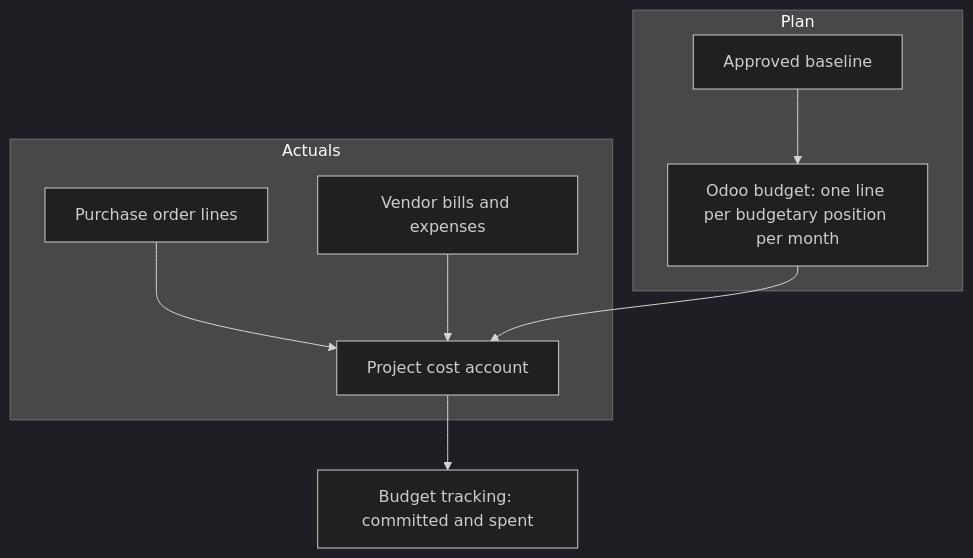
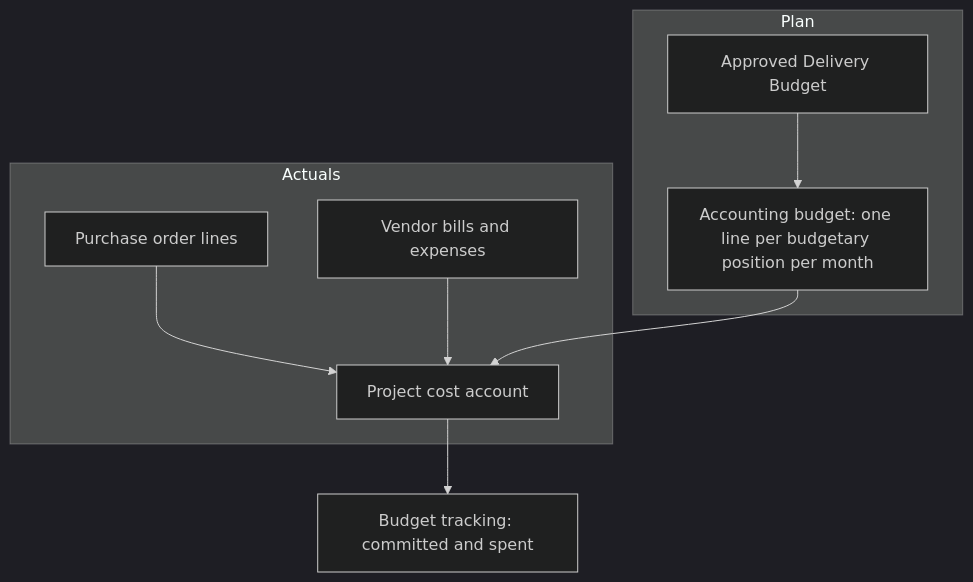
Before and after one commit to dennokorir/tritel_erp_training: the diagram in training-portal/src/content/docs/projects/concepts/odoo-budget-and-cost-account.mdx, drawn with Mermaid (dark theme). The commit also changed other lines of this file and 146 other files, not shown here.

First line of the commit message:
docs(training-portal): Project Delivery sync to tritel-addons 5d691a8 (Delivery Budgets, project codes, budget commitments)

````diff
--- a/training-portal/src/content/docs/projects/concepts/odoo-budget-and-cost-account.mdx
+++ b/training-portal/src/content/docs/projects/concepts/odoo-budget-and-cost-account.mdx
@@ -33,13 +40,13 @@
 ```mermaid
 flowchart TD
 %% docs-sync: shows tritel_project_delivery:field:project.project.track_committed, tritel_project_delivery:field:project.project.track_spent, tritel_project_delivery:field:project.project.tracking_html, tritel_project_delivery:model:project.delivery.commitment, tritel_project_delivery:selection:project.project.delivery_baseline_state, tritel_project_delivery:view_ext:project.edit_project:button:committed, tritel_project_delivery:view_ext:project.edit_project:button:cost-account, tritel_project_delivery:view_ext:project.edit_project:button:vendor-bills, tritel_project_delivery:wizard:delivery.cost.account.card
   subgraph Plan
-    B["Approved baseline"] --> OB["Odoo budget: one line per budgetary position per month"]
+    B["Approved Delivery Budget"] --> OB["Accounting budget: one line per budgetary position per month"]
   end
   subgraph Actuals
     PO["Purchase order lines"] --> CA
     VB["Vendor bills and expenses"] --> CA
   end
   OB --> CA["Project cost account"]
   CA --> TR["Budget tracking: committed and spent"]
 ```
````
